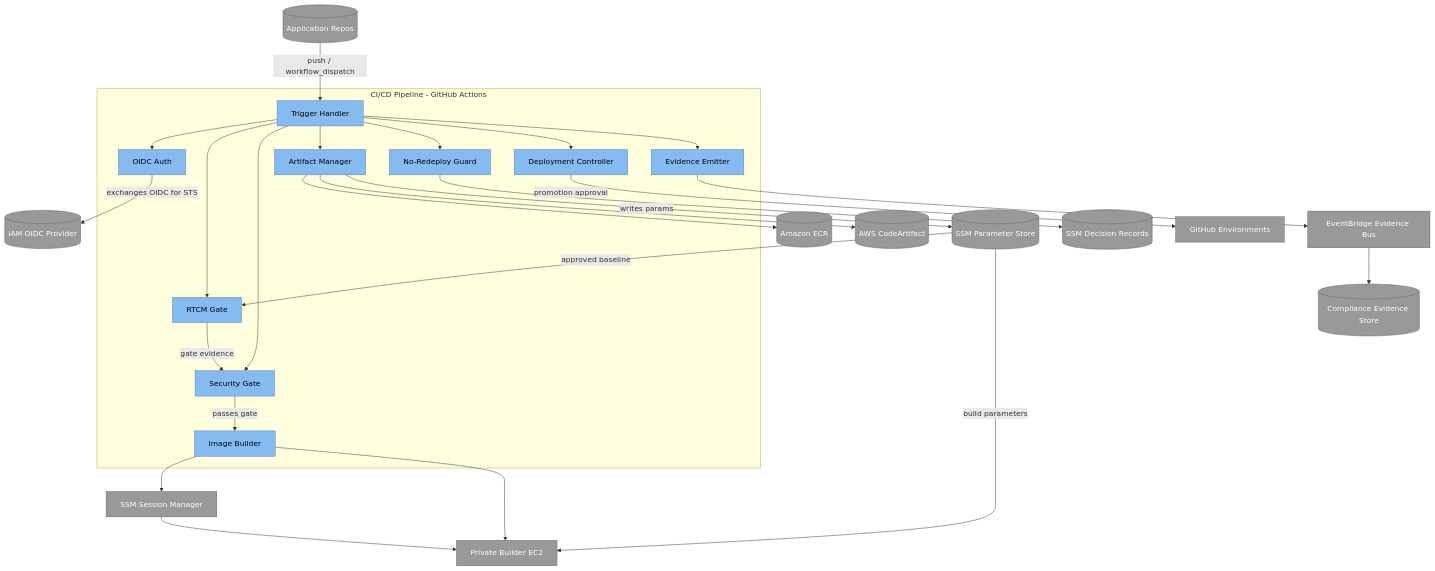
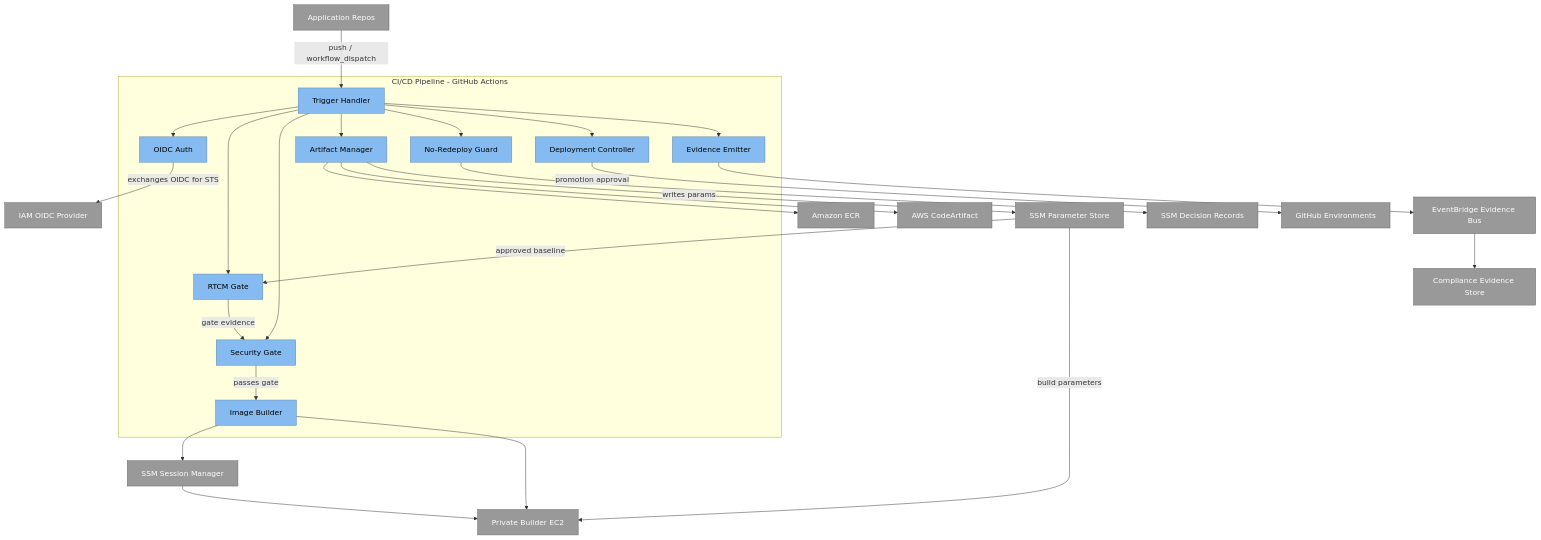
The diagram in architecture/c4-component-drawio.mmd (wingt903/CICD), drawn with Mermaid before and after one commit. The commit also changed 2 other files, not shown here.

Commit message:
Use box shapes instead of database shapes in C4 diagrams

```diff
--- a/architecture/c4-component-drawio.mmd
+++ b/architecture/c4-component-drawio.mmd
@@ -1,77 +1,77 @@
 graph TB
     %% C4 Component (Level 3) - draw.io compatible
     %% External inputs
-    appRepos[(Application Repos)]
+    appRepos[Application Repos]
 
     %% Internal components
     subgraph pipeline ["CI/CD Pipeline - GitHub Actions"]
         trigger[Trigger Handler]
         oidcMod[OIDC Auth]
         rtcmGate[RTCM Gate]
         secGate[Security Gate]
         imgBuild[Image Builder]
         artMgr[Artifact Manager]
         deployer[Deployment Controller]
         govGuard[No-Redeploy Guard]
         evidEmit[Evidence Emitter]
     end
 
     %% External AWS and GitHub systems
-    oidcProv[(IAM OIDC Provider)]
-    ssmParam[(SSM Parameter Store)]
-    ssmDrec[(SSM Decision Records)]
+    oidcProv[IAM OIDC Provider]
+    ssmParam[SSM Parameter Store]
+    ssmDrec[SSM Decision Records]
     ssmSess[SSM Session Manager]
     buildHost[Private Builder EC2]
-    ecr[(Amazon ECR)]
-    ca[(AWS CodeArtifact)]
+    ecr[Amazon ECR]
+    ca[AWS CodeArtifact]
     ghEnv[GitHub Environments]
     evtBus[EventBridge Evidence Bus]
-    compStore[(Compliance Evidence Store)]
+    compStore[Compliance Evidence Store]
 
     %% Relationships
     appRepos -->|push / workflow_dispatch| trigger
     trigger --> oidcMod
     oidcMod -->|exchanges OIDC for STS| oidcProv
     trigger --> rtcmGate
     ssmParam -->|approved baseline| rtcmGate
     trigger --> secGate
     rtcmGate -->|gate evidence| secGate
     secGate -->|passes gate| imgBuild
     imgBuild --> ssmSess
     ssmSess --> buildHost
     imgBuild --> buildHost
     ssmParam -->|build parameters| buildHost
     trigger --> artMgr
     artMgr --> ecr
     artMgr --> ca
     artMgr -->|writes params| ssmParam
     trigger --> govGuard
     govGuard --> ssmDrec
     trigger --> deployer
     deployer -->|promotion approval| ghEnv
     trigger --> evidEmit
     evidEmit --> evtBus
     evtBus --> compStore
 
     %% Styling - internal components
     style trigger fill:#85BBF0,color:#000000,stroke:#5D82A8
     style oidcMod fill:#85BBF0,color:#000000,stroke:#5D82A8
     style rtcmGate fill:#85BBF0,color:#000000,stroke:#5D82A8
     style secGate fill:#85BBF0,color:#000000,stroke:#5D82A8
     style imgBuild fill:#85BBF0,color:#000000,stroke:#5D82A8
     style artMgr fill:#85BBF0,color:#000000,stroke:#5D82A8
     style deployer fill:#85BBF0,color:#000000,stroke:#5D82A8
     style govGuard fill:#85BBF0,color:#000000,stroke:#5D82A8
     style evidEmit fill:#85BBF0,color:#000000,stroke:#5D82A8
     %% External systems
     style appRepos fill:#999999,color:#ffffff,stroke:#666666
     style oidcProv fill:#999999,color:#ffffff,stroke:#666666
     style ssmParam fill:#999999,color:#ffffff,stroke:#666666
     style ssmDrec fill:#999999,color:#ffffff,stroke:#666666
     style ssmSess fill:#999999,color:#ffffff,stroke:#666666
     style buildHost fill:#999999,color:#ffffff,stroke:#666666
     style ecr fill:#999999,color:#ffffff,stroke:#666666
     style ca fill:#999999,color:#ffffff,stroke:#666666
     style ghEnv fill:#999999,color:#ffffff,stroke:#666666
     style evtBus fill:#999999,color:#ffffff,stroke:#666666
     style compStore fill:#999999,color:#ffffff,stroke:#666666
```
